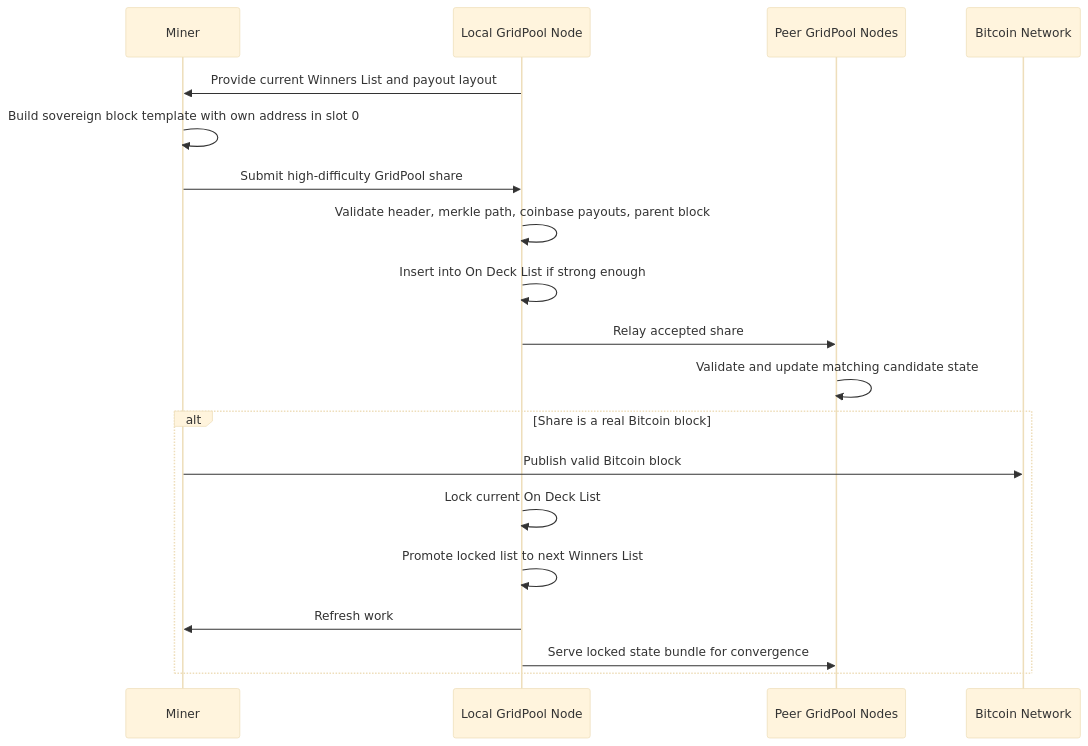
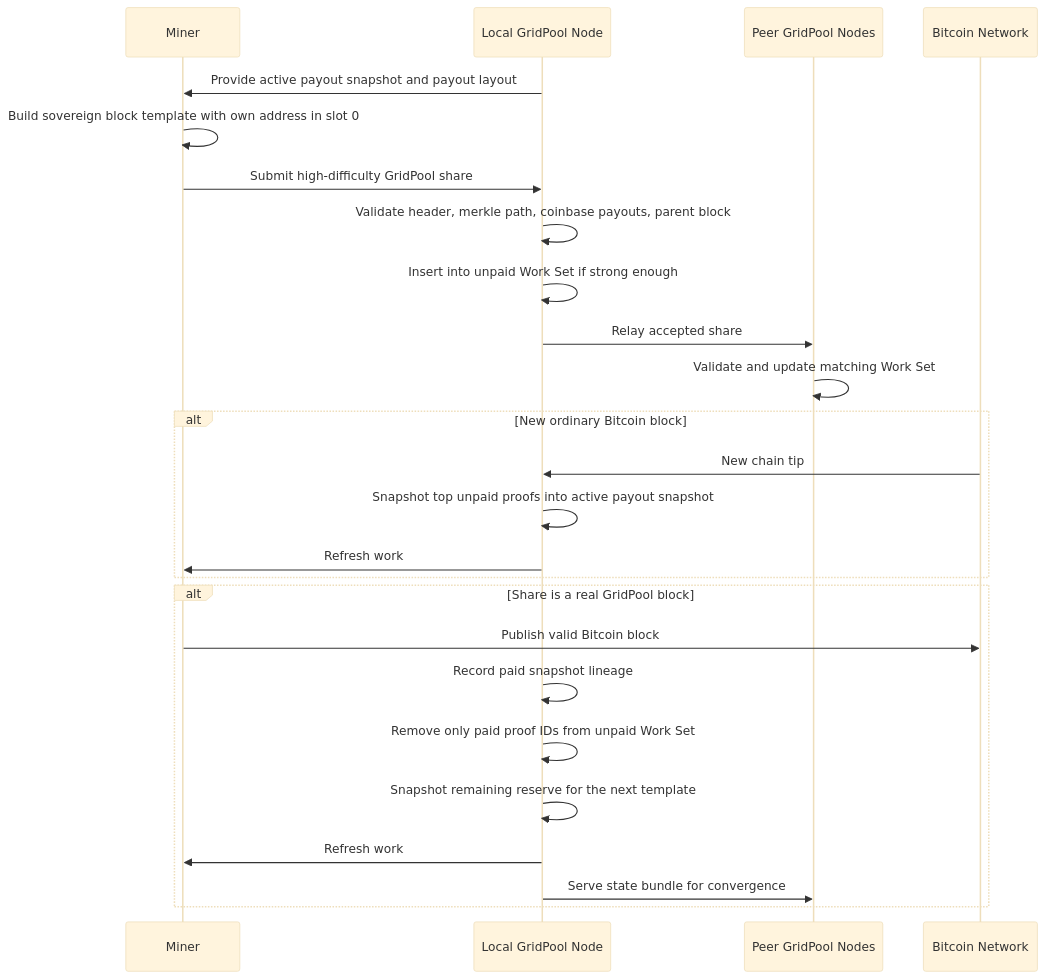
Before and after one commit to gridlabs-science/gridpool-blake2b: the second of 2 diagrams in docs/256-foundation-architecture.md, drawn with Mermaid (base theme). The commit also changed other lines of this file and 4 other files, not shown here.

````diff
--- a/docs/256-foundation-architecture.md
+++ b/docs/256-foundation-architecture.md
@@ -32,23 +32,30 @@
 ```mermaid
 sequenceDiagram
     participant Miner
     participant LocalBoot as Local GridPool Node
     participant Peers as Peer GridPool Nodes
     participant Bitcoin as Bitcoin Network
 
-    LocalBoot->>Miner: Provide current Winners List and payout layout
+    LocalBoot->>Miner: Provide active payout snapshot and payout layout
     Miner->>Miner: Build sovereign block template with own address in slot 0
     Miner->>LocalBoot: Submit high-difficulty GridPool share
     LocalBoot->>LocalBoot: Validate header, merkle path, coinbase payouts, parent block
-    LocalBoot->>LocalBoot: Insert into On Deck List if strong enough
+    LocalBoot->>LocalBoot: Insert into unpaid Work Set if strong enough
     LocalBoot->>Peers: Relay accepted share
-    Peers->>Peers: Validate and update matching candidate state
+    Peers->>Peers: Validate and update matching Work Set
 
-    alt Share is a real Bitcoin block
+    alt New ordinary Bitcoin block
+        Bitcoin->>LocalBoot: New chain tip
+        LocalBoot->>LocalBoot: Snapshot top unpaid proofs into active payout snapshot
+        LocalBoot->>Miner: Refresh work
+    end
+
+    alt Share is a real GridPool block
         Miner->>Bitcoin: Publish valid Bitcoin block
-        LocalBoot->>LocalBoot: Lock current On Deck List
-        LocalBoot->>LocalBoot: Promote locked list to next Winners List
+        LocalBoot->>LocalBoot: Record paid snapshot lineage
+        LocalBoot->>LocalBoot: Remove only paid proof IDs from unpaid Work Set
+        LocalBoot->>LocalBoot: Snapshot remaining reserve for the next template
         LocalBoot->>Miner: Refresh work
-        LocalBoot->>Peers: Serve locked state bundle for convergence
+        LocalBoot->>Peers: Serve state bundle for convergence
     end
 ```
````
